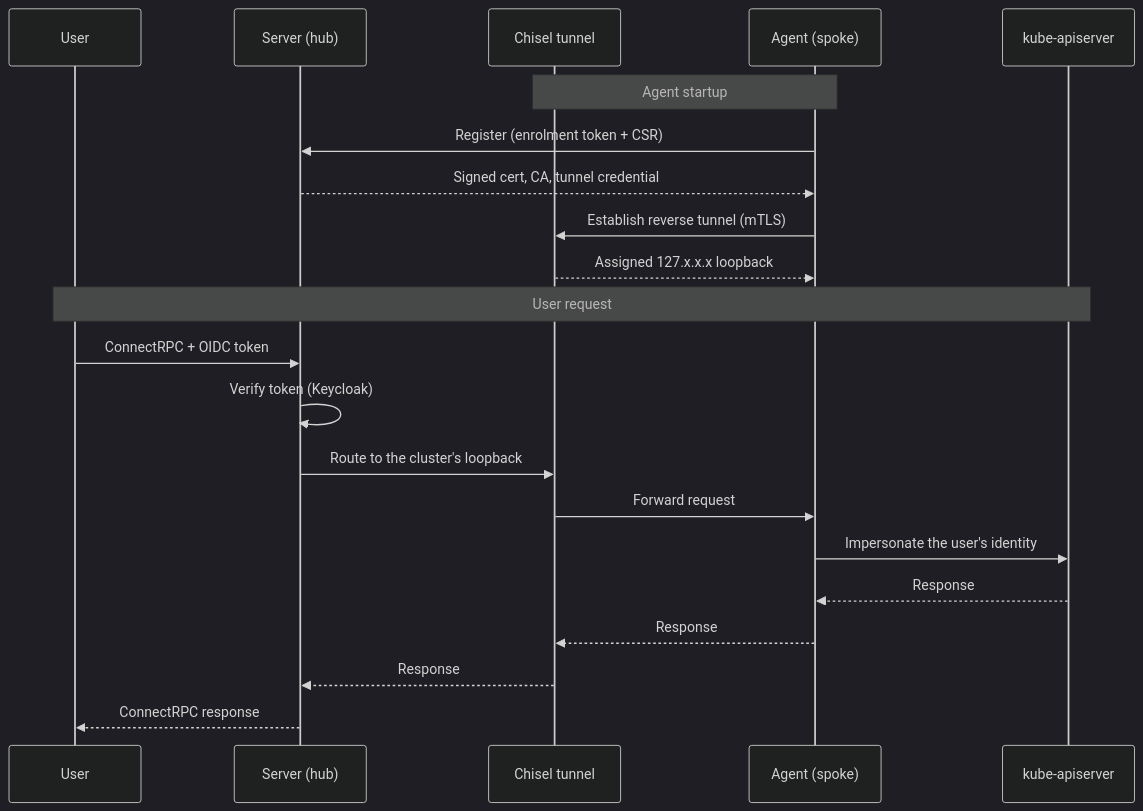
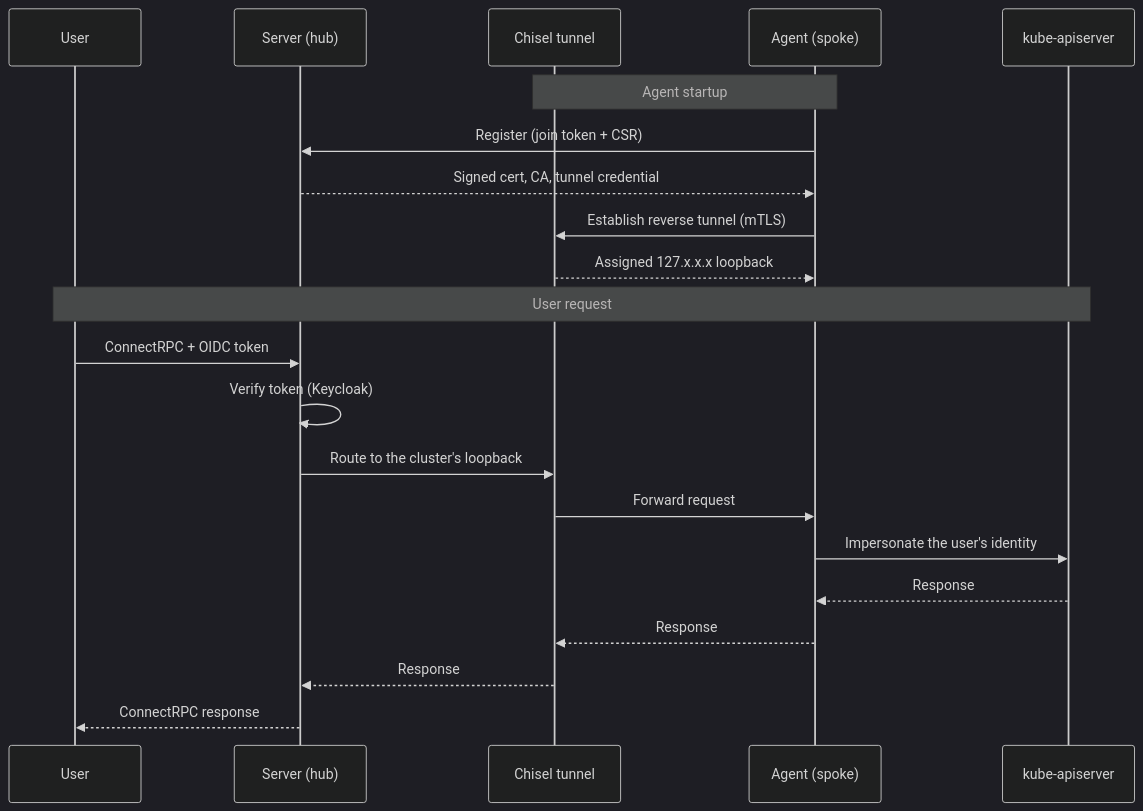
One commit to otterscale/otterscale changed the second of 2 diagrams in docs/architecture.md. Above: the diagram before and after it, drawn with Mermaid (dark theme). The commit also changed 27 other files, not shown here.

First line of the commit message:
refactor: update enrolment to join mechanism and update related components (#266)

````diff
--- a/docs/architecture.md
+++ b/docs/architecture.md
@@ -27,25 +27,25 @@
 ```mermaid
 sequenceDiagram
     participant User
     participant Server as Server (hub)
     participant Tunnel as Chisel tunnel
     participant Agent as Agent (spoke)
     participant K8s as kube-apiserver
 
     Note over Agent, Tunnel: Agent startup
-    Agent->>Server: Register (enrolment token + CSR)
+    Agent->>Server: Register (join token + CSR)
     Server-->>Agent: Signed cert, CA, tunnel credential
     Agent->>Tunnel: Establish reverse tunnel (mTLS)
     Tunnel-->>Agent: Assigned 127.x.x.x loopback
 
     Note over User, K8s: User request
     User->>Server: ConnectRPC + OIDC token
     Server->>Server: Verify token (Keycloak)
     Server->>Tunnel: Route to the cluster's loopback
     Tunnel->>Agent: Forward request
     Agent->>K8s: Impersonate the user's identity
     K8s-->>Agent: Response
     Agent-->>Tunnel: Response
     Tunnel-->>Server: Response
     Server-->>User: ConnectRPC response
 ```
````
